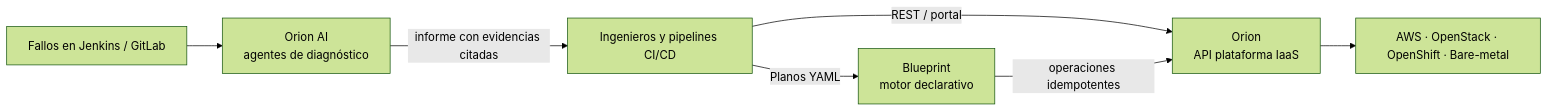
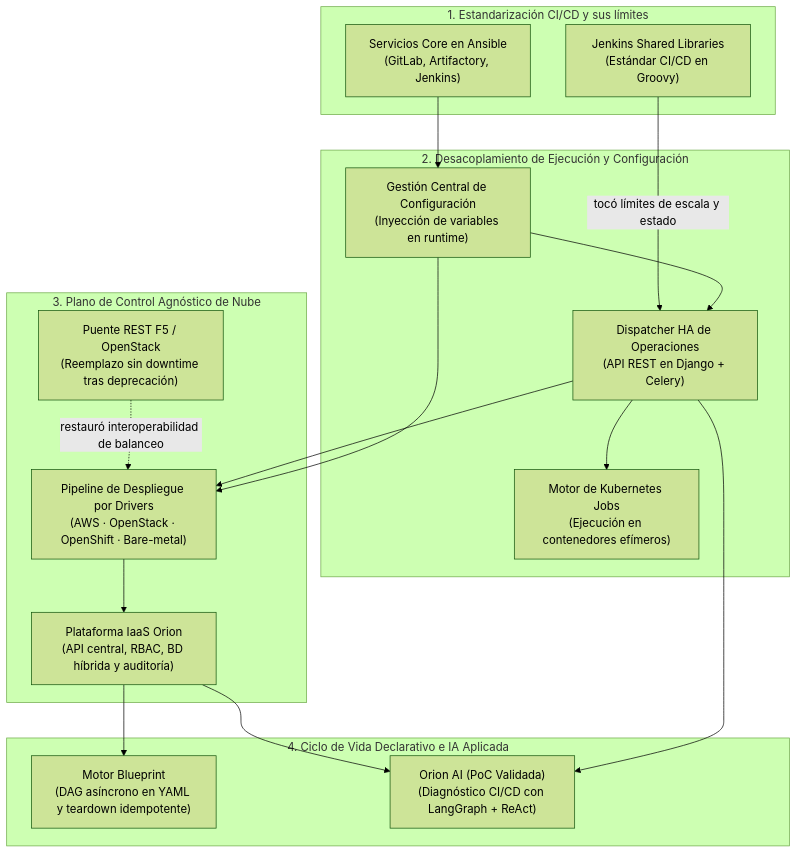
The diagram in docs_es/projects/index.md (oredondo/oredondo.github.io), drawn with Mermaid (forest theme) before and after one commit. The commit also changed other lines of this file and 30 other files, not shown here.

````diff
--- a/docs_es/projects/index.md
+++ b/docs_es/projects/index.md
@@ -78,9 +24,36 @@
 ```mermaid
-flowchart LR
-    Dev["Ingenieros y pipelines CI/CD"] -->|"Planos YAML"| BP["Blueprint<br/>motor declarativo"]
-    Dev -->|"REST / portal"| ORION["Orion<br/>API plataforma IaaS"]
-    BP -->|"operaciones idempotentes"| ORION
-    ORION --> INFRA["AWS · OpenStack · OpenShift · Bare-metal"]
-    CI["Fallos en Jenkins / GitLab"] --> AI["Orion AI<br/>agentes de diagnóstico"]
-    AI -->|"informe con evidencias citadas"| Dev
+flowchart TB
+    subgraph Phase1["1. Estandarización CI/CD y sus límites"]
+        JSL["Jenkins Shared Libraries<br/>(Estándar CI/CD en Groovy)"]
+        ANS["Servicios Core en Ansible<br/>(GitLab, Artifactory, Jenkins)"]
+    end
+
+    subgraph Phase2["2. Desacoplamiento de Ejecución y Configuración"]
+        DISP["Dispatcher HA de Operaciones<br/>(API REST en Django + Celery)"]
+        CFG["Gestión Central de Configuración<br/>(Inyección de variables en runtime)"]
+        K8S["Motor de Kubernetes Jobs<br/>(Ejecución en contenedores efímeros)"]
+    end
+
+    subgraph Phase3["3. Plano de Control Agnóstico de Nube"]
+        PIPE["Pipeline de Despliegue por Drivers<br/>(AWS · OpenStack · OpenShift · Bare-metal)"]
+        F5["Puente REST F5 / OpenStack<br/>(Reemplazo sin downtime tras deprecación)"]
+        ORION["Plataforma IaaS Orion<br/>(API central, RBAC, BD híbrida y auditoría)"]
+    end
+
+    subgraph Phase4["4. Ciclo de Vida Declarativo e IA Aplicada"]
+        BP["Motor Blueprint<br/>(DAG asíncrono en YAML y teardown idempotente)"]
+        AI["Orion AI (PoC Validada)<br/>(Diagnóstico CI/CD con LangGraph + ReAct)"]
+    end
+
+    JSL -->|"tocó límites de escala y estado"| DISP
+    ANS --> CFG
+    CFG --> DISP
+    DISP --> K8S
+    DISP --> PIPE
+    CFG --> PIPE
+    F5 -.->|"restauró interoperabilidad de balanceo"| PIPE
+    PIPE --> ORION
+    ORION --> BP
+    ORION --> AI
+    DISP --> AI
 ```
````
